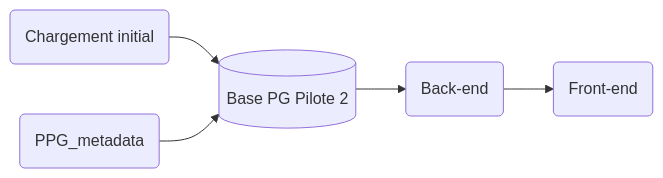
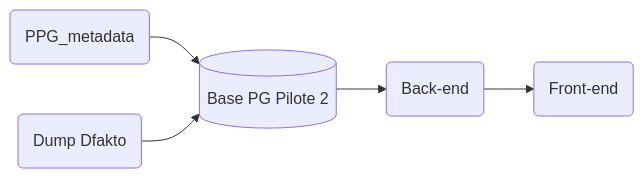
Before and after one commit to DITP-pilotage/pilote-2: the first of 4 diagrams in data/README.md, drawn with Mermaid. The commit also changed other lines of this file and 1 other file, not shown here.

Commit message:
refactor: ajout des 29 perimetres dans le csv open_data perimetre et maj schema d'archi (94)

````diff
--- a/data/README.md
+++ b/data/README.md
@@ -167,7 +167,7 @@
 ``` mermaid
 graph LR
-SFTP(Chargement initial) --> PG[(Base PG Pilote 2)]
-PM(PPG_metadata) --> PG
+PM(PPG_metadata) --> PG[(Base PG Pilote 2)]
+DFAK(Dump Dfakto) --> PG
 PG --> BE(Back-end) --> FE(Front-end)
 
 ```
````
